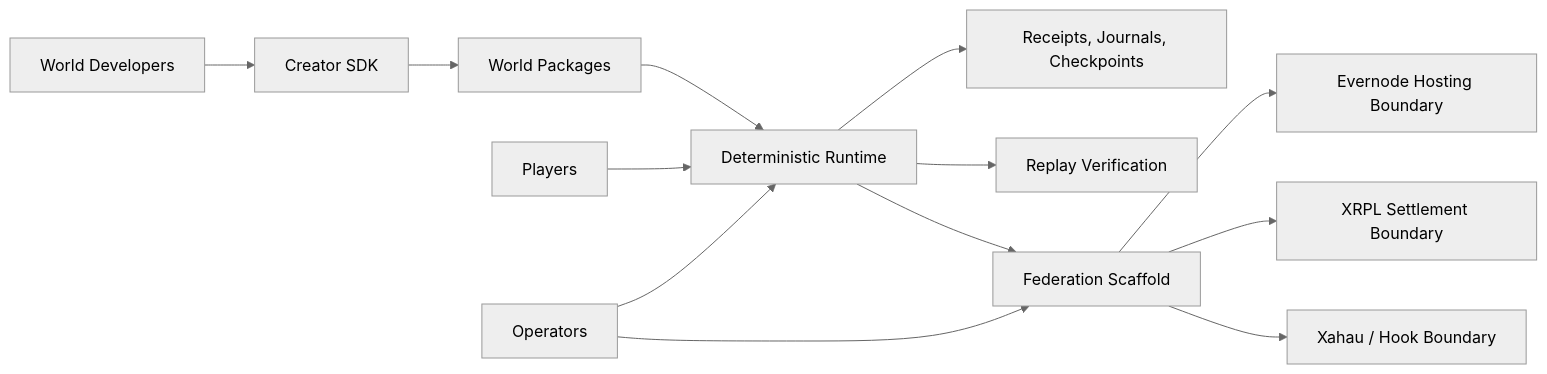
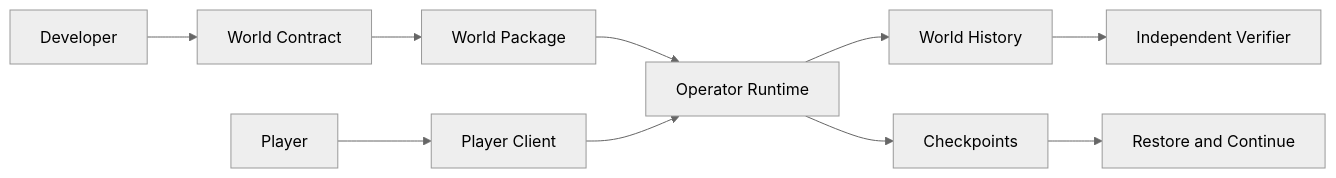
One commit to lj26ft/everarcade-compiler changed the diagram in docs/architecture/diagrams/system-overview.md. Above: the diagram before and after it, drawn with Mermaid (neutral theme). The commit also changed other lines of this file and 34 other files, not shown here.

````diff
--- a/docs/architecture/diagrams/system-overview.md
+++ b/docs/architecture/diagrams/system-overview.md
@@ -3,15 +3,12 @@
 ```mermaid
 flowchart LR
-  Developers[World Developers] --> CreatorSDK[Creator SDK]
-  CreatorSDK --> Worlds[World Packages]
-  Worlds --> Runtime[Deterministic Runtime]
-  Runtime --> Receipts[Receipts, Journals, Checkpoints]
-  Runtime --> Replay[Replay Verification]
-  Runtime --> Federation[Federation Scaffold]
-  Federation --> Evernode[Evernode Hosting Boundary]
-  Federation --> XRPL[XRPL Settlement Boundary]
-  Federation --> Xahau[Xahau / Hook Boundary]
-  Players[Players] --> Runtime
-  Operators[Operators] --> Runtime
-  Operators --> Federation
+  Developer --> WorldContract[World Contract]
+  WorldContract --> WorldPackage[World Package]
+  WorldPackage --> Runtime[Operator Runtime]
+  Player --> Client[Player Client]
+  Client --> Runtime
+  Runtime --> History[World History]
+  Runtime --> Checkpoints
+  History --> Verifier[Independent Verifier]
+  Checkpoints --> Recovery[Restore and Continue]
 ```
````
